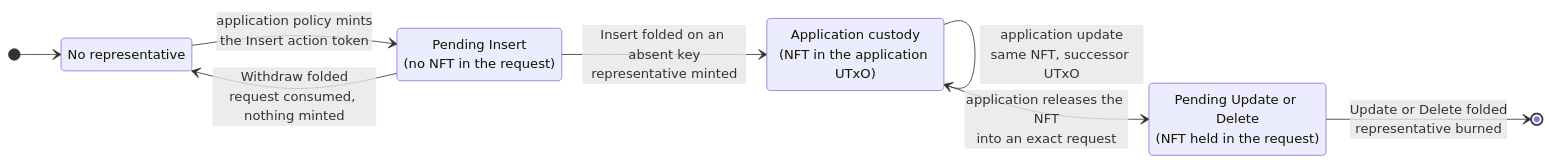
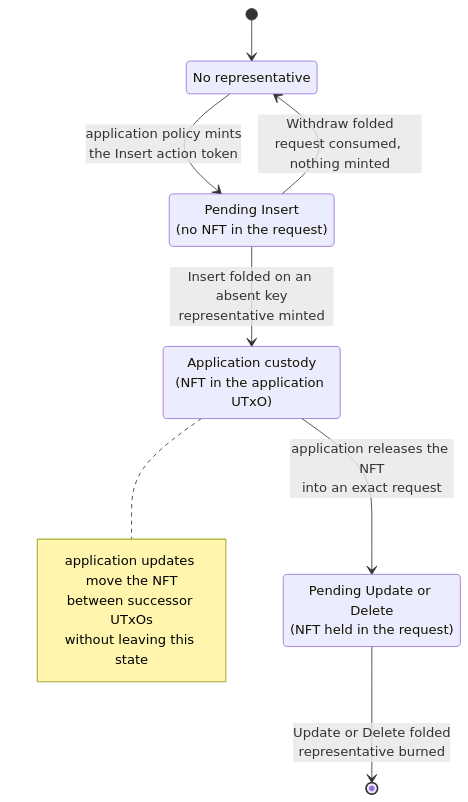
One commit to lambdasistemi/singular changed the first of 5 diagrams in docs/lifecycle.md. Above: the diagram before and after it, drawn with Mermaid. The commit also changed 3 other files, not shown here.

First line of the commit message:
docs: quote flowchart edge labels and reflow the tall diagrams

````diff
--- a/docs/lifecycle.md
+++ b/docs/lifecycle.md
@@ -7,15 +7,19 @@
 ```mermaid
 stateDiagram-v2
-  direction LR
+  direction TB
   state "No representative" as none
   state "Pending Insert<br/>(no NFT in the request)" as pending
   state "Application custody<br/>(NFT in the application UTxO)" as app
   state "Pending Update or Delete<br/>(NFT held in the request)" as terminal
   [*] --> none
   none --> pending: application policy mints<br/>the Insert action token
   pending --> none: Withdraw folded<br/>request consumed, nothing minted
   pending --> app: Insert folded on an absent key<br/>representative minted
-  app --> app: application update<br/>same NFT, successor UTxO
+  note right of app
+    application updates move the NFT
+    between successor UTxOs
+    without leaving this state
+  end note
   app --> terminal: application releases the NFT<br/>into an exact request
   terminal --> [*]: Update or Delete folded<br/>representative burned
 ```
````
